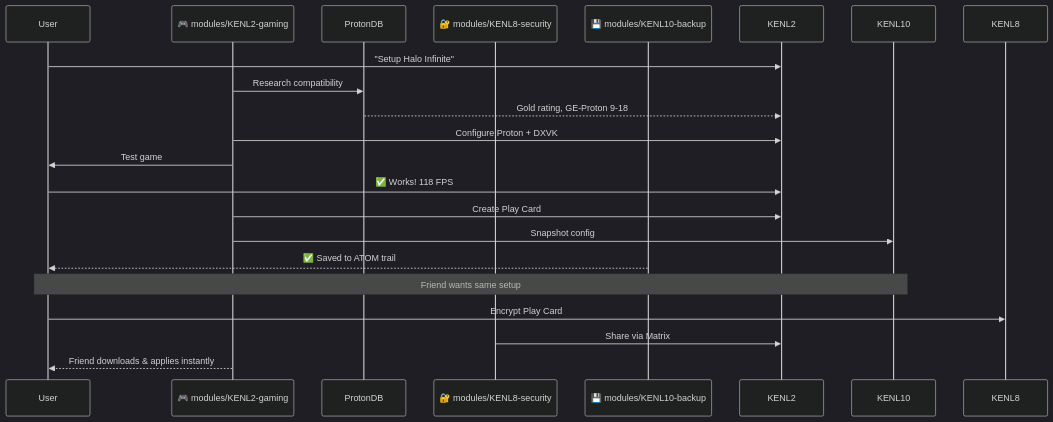
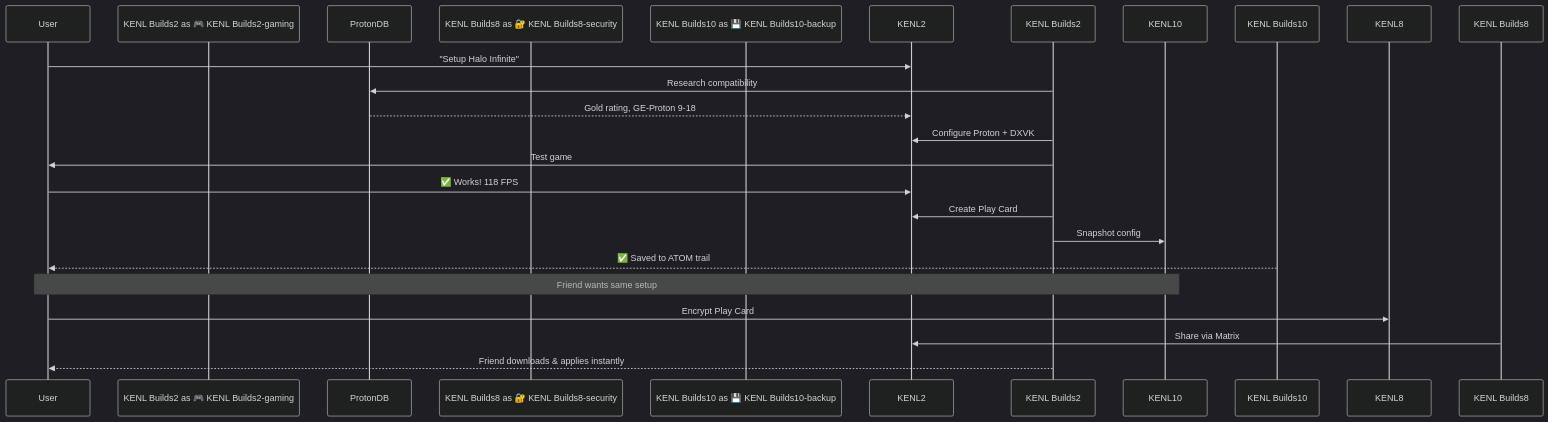
Before and after one commit to toolate28/kenl: the third of 9 diagrams in README.md, drawn with Mermaid (dark theme). The commit also changed other lines of this file, not shown here.

````diff
--- a/README.md
+++ b/README.md
@@ -177,24 +177,24 @@
 ```mermaid
 sequenceDiagram
     participant User
-    participant modules/KENL2 as 🎮 modules/KENL2-gaming
+    participant KENL Builds2 as 🎮 KENL Builds2-gaming
     participant ProtonDB
-    participant modules/KENL8 as 🔐 modules/KENL8-security
-    participant modules/KENL10 as 💾 modules/KENL10-backup
+    participant KENL Builds8 as 🔐 KENL Builds8-security
+    participant KENL Builds10 as 💾 KENL Builds10-backup
 
     User->>KENL2: "Setup Halo Infinite"
-    modules/KENL2->>ProtonDB: Research compatibility
+    KENL Builds2->>ProtonDB: Research compatibility
     ProtonDB-->>KENL2: Gold rating, GE-Proton 9-18
-    modules/KENL2->>KENL2: Configure Proton + DXVK
-    modules/KENL2->>User: Test game
+    KENL Builds2->>KENL2: Configure Proton + DXVK
+    KENL Builds2->>User: Test game
     User->>KENL2: ✅ Works! 118 FPS
-    modules/KENL2->>KENL2: Create Play Card
-    modules/KENL2->>KENL10: Snapshot config
-    modules/KENL10-->>User: ✅ Saved to ATOM trail
+    KENL Builds2->>KENL2: Create Play Card
+    KENL Builds2->>KENL10: Snapshot config
+    KENL Builds10-->>User: ✅ Saved to ATOM trail
 
     Note over User,KENL10: Friend wants same setup
 
     User->>KENL8: Encrypt Play Card
-    modules/KENL8->>KENL2: Share via Matrix
-    modules/KENL2-->>User: Friend downloads & applies instantly
+    KENL Builds8->>KENL2: Share via Matrix
+    KENL Builds2-->>User: Friend downloads & applies instantly
 ```
````
